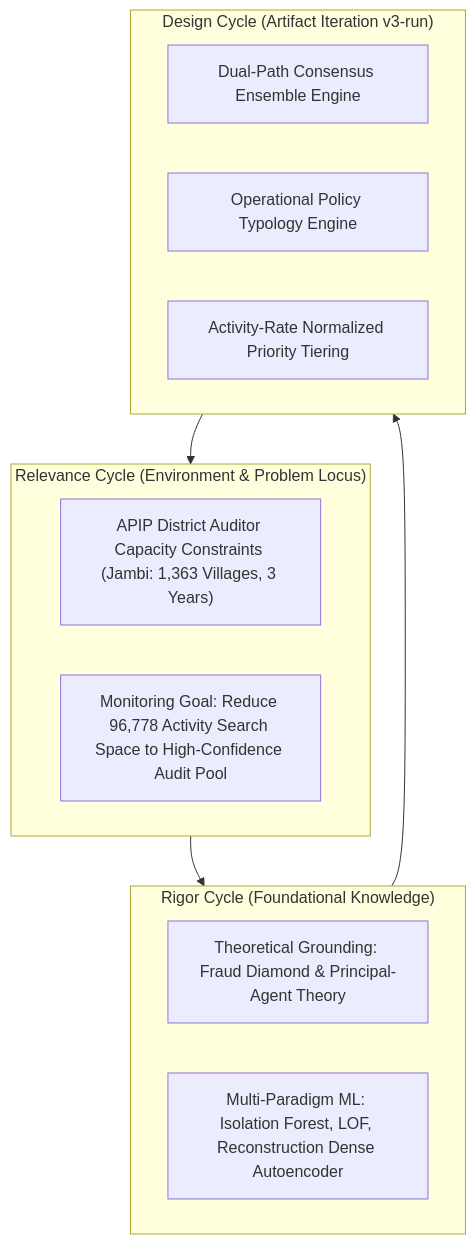
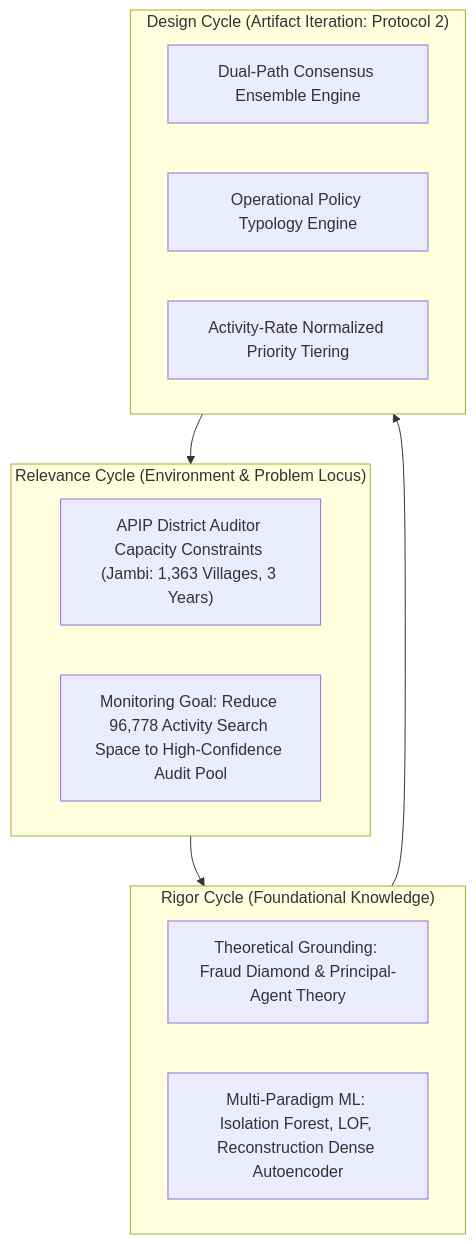
Before and after one commit to FY72X9/is_dandes_anticorr: the first of 2 diagrams in phase-1/docs/draft/v03/03-methodology.md, drawn with Mermaid. The commit also changed other lines of this file and 20 other files, not shown here.

````diff
--- a/phase-1/docs/draft/v03/03-methodology.md
+++ b/phase-1/docs/draft/v03/03-methodology.md
@@ -19,22 +19,22 @@
 ```mermaid
 flowchart TD
     subgraph RelevanceCycle["Relevance Cycle (Environment & Problem Locus)"]
         RC1["APIP District Auditor Capacity Constraints (Jambi: 1,363 Villages, 3 Years)"]
         RC2["Monitoring Goal: Reduce 96,778 Activity Search Space to High-Confidence Audit Pool"]
     end
 
     subgraph RigorCycle["Rigor Cycle (Foundational Knowledge)"]
         RG1["Theoretical Grounding: Fraud Diamond & Principal-Agent Theory"]
         RG2["Multi-Paradigm ML: Isolation Forest, LOF, Reconstruction Dense Autoencoder"]
     end
 
-    subgraph DesignCycle["Design Cycle (Artifact Iteration v3-run)"]
+    subgraph DesignCycle["Design Cycle (Artifact Iteration: Protocol 2)"]
         DC1["Dual-Path Consensus Ensemble Engine"]
         DC2["Operational Policy Typology Engine"]
         DC3["Activity-Rate Normalized Priority Tiering"]
     end
 
     RelevanceCycle --> RigorCycle
     RigorCycle --> DesignCycle
     DesignCycle --> RelevanceCycle
 ```
````
